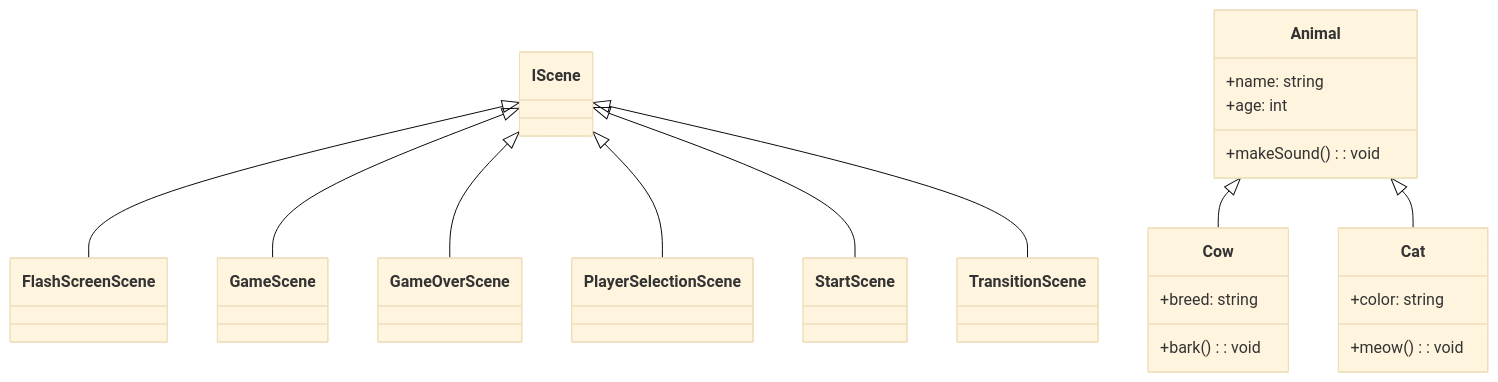
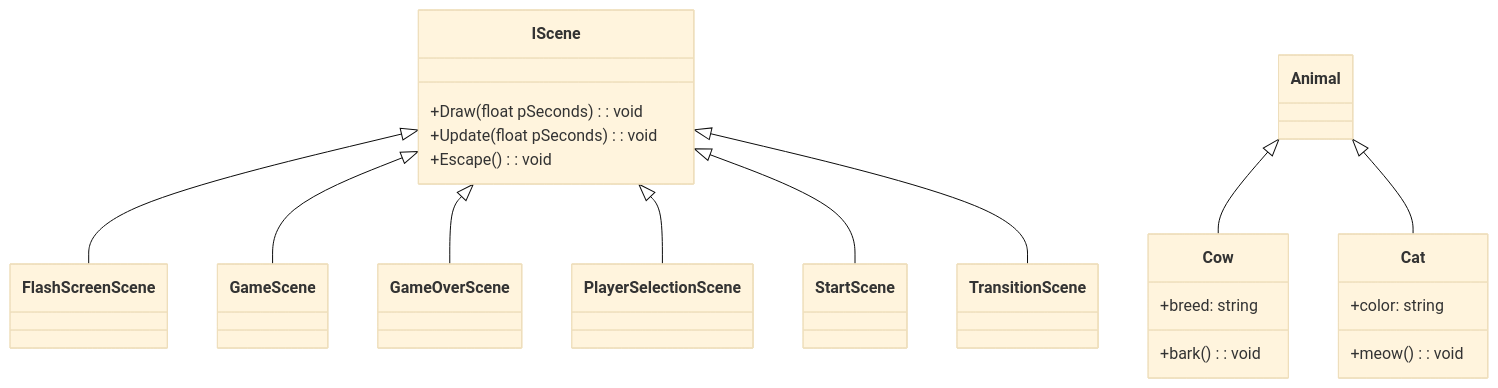
The diagram in README.md (Spoingus/TroublesomeTanks_CDP), drawn with Mermaid (base theme) before and after one commit.

````diff
--- a/README.md
+++ b/README.md
@@ -1,28 +1,28 @@
 ```mermaid
 classDiagram
     IScene <|-- FlashScreenScene
     IScene <|-- GameScene
     IScene <|-- GameOverScene
     IScene <|-- PlayerSelectionScene
     IScene <|-- StartScene
     IScene <|-- TransitionScene
-    class Animal {
-        +name: string
-        +age: int
-        +makeSound(): void
+    class IScene {
+        +Draw(float pSeconds): void
+        +Update(float pSeconds): void
+        +Escape(): void
     }
 
     class Cow {
         +breed: string
         +bark(): void
     }
 
     class Cat {
         +color: string
         +meow(): void
     }
 
     Animal <|-- Cow
     Animal <|-- Cat
 
 ```
````
